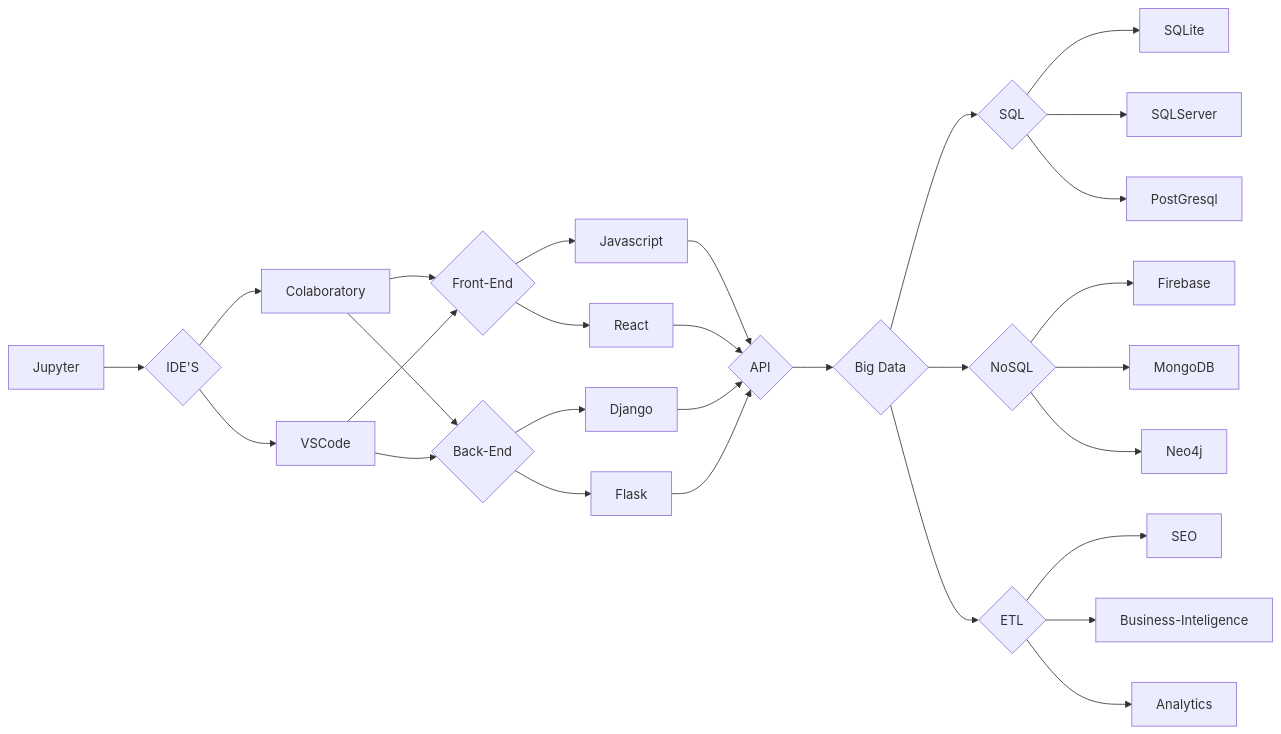
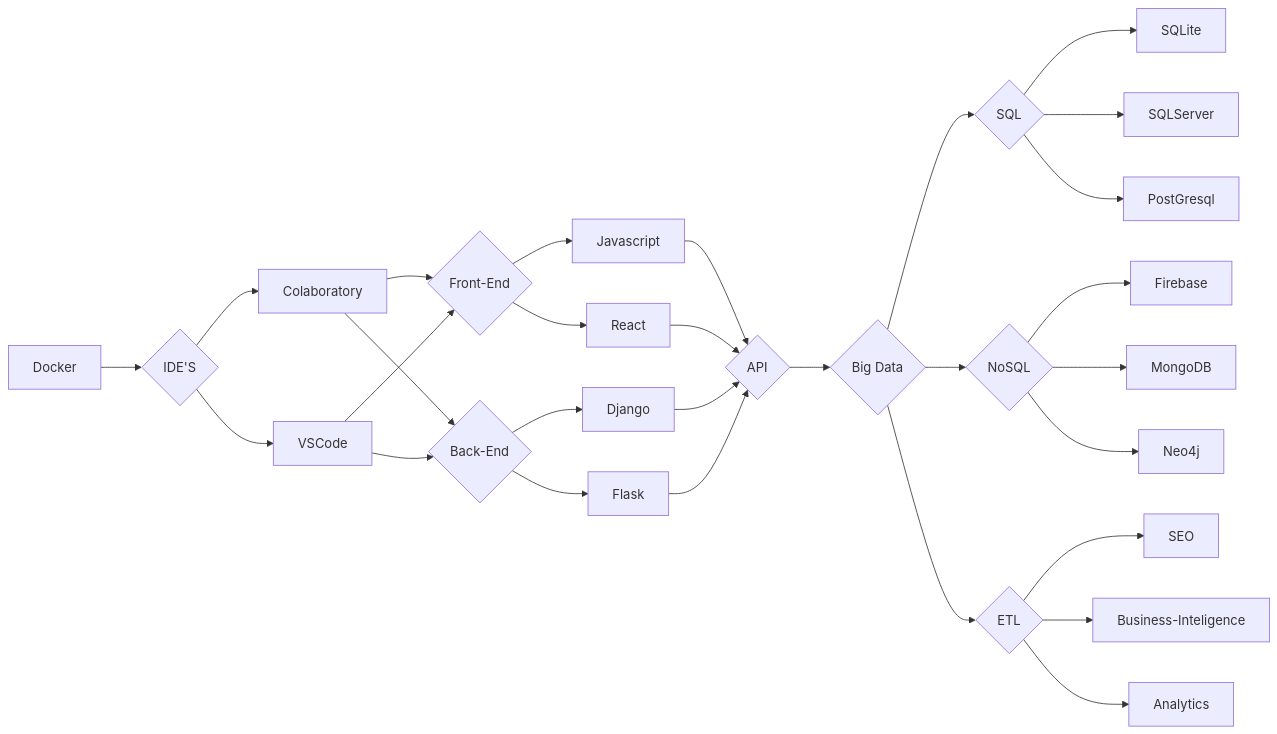
The first of 2 diagrams in README.md (SauloCandeira/SauloCandeira), drawn with Mermaid before and after one commit.

````diff
--- a/README.md
+++ b/README.md
@@ -62,40 +62,40 @@
 ```mermaid
 flowchart LR
 
-M[Jupyter] --> Z{IDE'S} 
+M[Docker] --> Z{IDE'S} 
 
 Z{IDE'S} --> K[Colaboratory]
 Z  --> L
 
 K[Colaboratory] --> A{Front-End} 
 K --> B{Back-End}
 L[VSCode] --> A{Front-End} 
 L --> B{Back-End}
 
 A{Front-End} --> I[Javascript] --> O{API} 
 A{Front-End} --> J[React] --> O{API} 
 
 B{Back-End} --> G[Django] --> O{API} 
 B{Back-End} --> H[Flask] --> O{API} 
 
 
 
 O{API} --> N{Big Data}
 
 N{Big Data} --> T{SQL}
 T --> U[SQLite]
 T --> V[SQLServer]
 T --> X[PostGresql]
 
 N{Big Data} --> C{NoSQL}
 
 N --> P{ETL}
 P --> Q[SEO]
 P --> R[Business-Inteligence]
 P --> S[Analytics]
 
 
 C --> D[Firebase]
 C --> E[MongoDB]
 C --> F[Neo4j]
 ```
````
